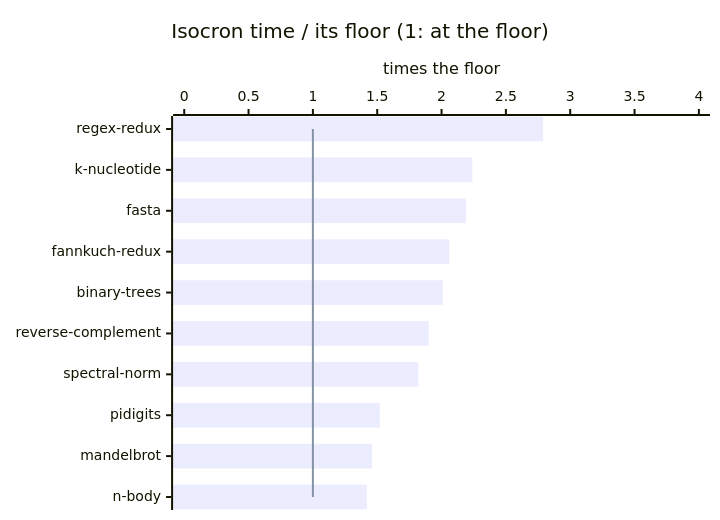
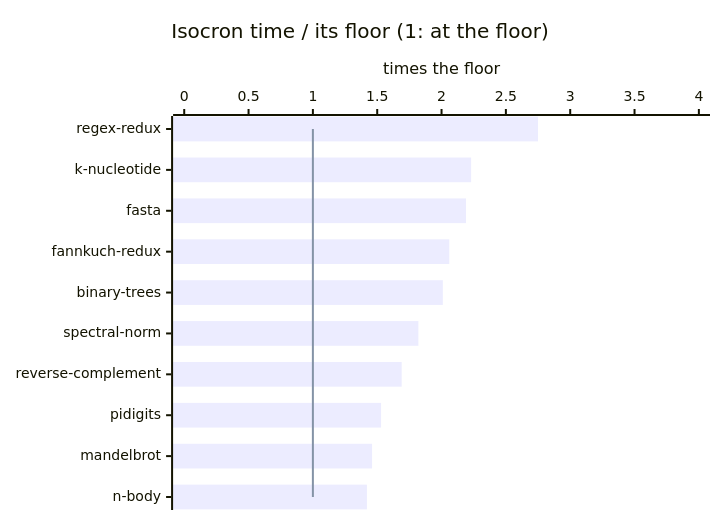
The diagram in results/floors.md (jbillard/isocron), drawn with Mermaid before and after one commit. The commit also changed other lines of this file and 6 other files, not shown here.

Commit message:
The Benchmarks Game measured again at 2182c59: the fastest on 10 of 10, reverse-complement 27 -> 24 ms (D491)

````diff
--- a/results/floors.md
+++ b/results/floors.md
@@ -36,8 +36,8 @@
 ```mermaid
 xychart-beta horizontal
     title "Isocron time / its floor (1: at the floor)"
-    x-axis ["regex-redux", "k-nucleotide", "fasta", "fannkuch-redux", "binary-trees", "reverse-complement", "spectral-norm", "pidigits", "mandelbrot", "n-body"]
+    x-axis ["regex-redux", "k-nucleotide", "fasta", "fannkuch-redux", "binary-trees", "spectral-norm", "reverse-complement", "pidigits", "mandelbrot", "n-body"]
     y-axis "times the floor" 0 --> 4
-    bar [2.79, 2.24, 2.19, 2.06, 2.01, 1.90, 1.82, 1.52, 1.46, 1.42]
+    bar [2.75, 2.23, 2.19, 2.06, 2.01, 1.82, 1.69, 1.53, 1.46, 1.42]
     line [1.00, 1.00, 1.00, 1.00, 1.00, 1.00, 1.00, 1.00, 1.00, 1.00]
 ```
````
